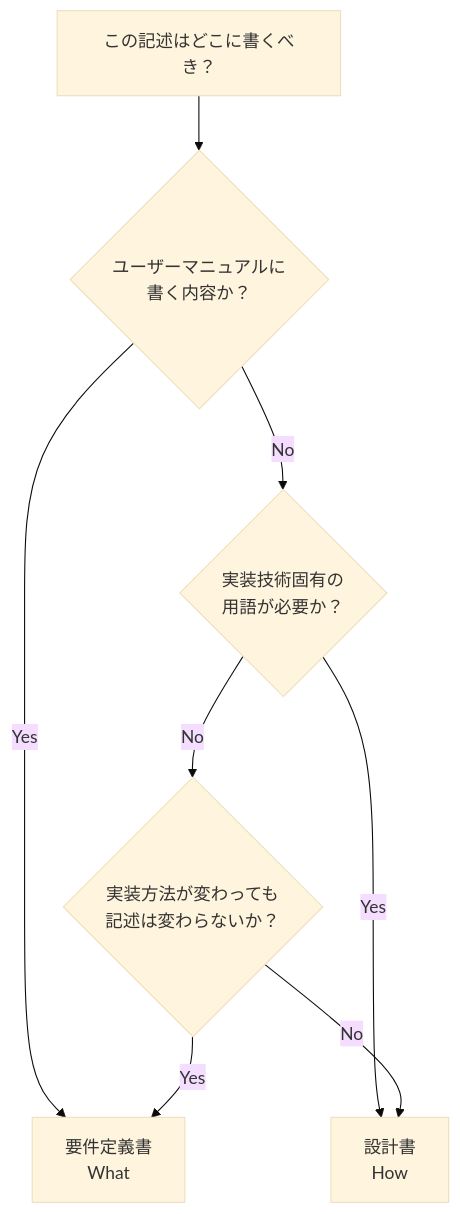
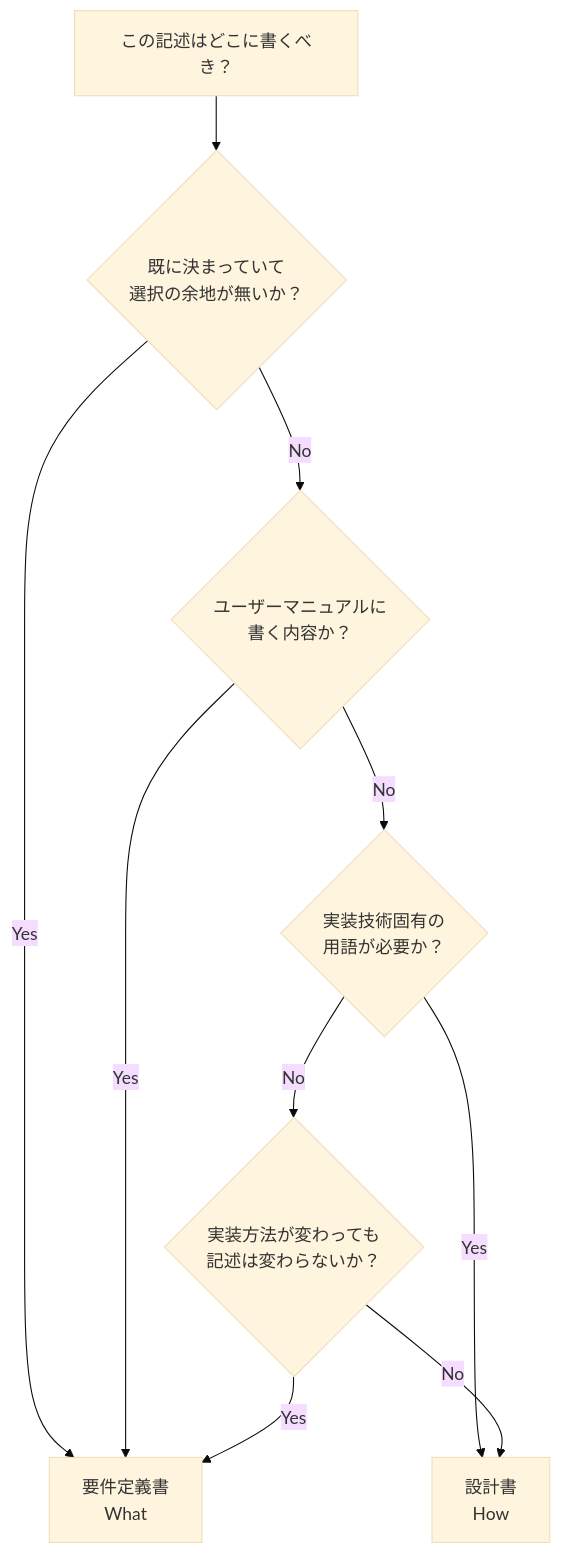
The diagram in plugins/forge/docs/spec_design_boundary_spec.md (BlueEventHorizon/bw-cc-plugins), drawn with Mermaid (base theme) before and after one commit. The commit also changed other lines of this file and 4 other files, not shown here.

````diff
--- a/plugins/forge/docs/spec_design_boundary_spec.md
+++ b/plugins/forge/docs/spec_design_boundary_spec.md
@@ -52,10 +71,12 @@
 ```mermaid
 flowchart TD
-    A[この記述はどこに書くべき？] --> B{ユーザーマニュアルに<br/>書く内容か？}
-    B -->|Yes| C[要件定義書<br/>What]
+    A[この記述はどこに書くべき？] --> G{既に決まっていて<br/>選択の余地が無いか？}
+    G -->|Yes| C[要件定義書<br/>What]
+    G -->|No| B{ユーザーマニュアルに<br/>書く内容か？}
+    B -->|Yes| C
     B -->|No| D{実装技術固有の<br/>用語が必要か？}
     D -->|Yes| E[設計書<br/>How]
     D -->|No| F{実装方法が変わっても<br/>記述は変わらないか？}
     F -->|Yes| C
     F -->|No| E
 ```
````
